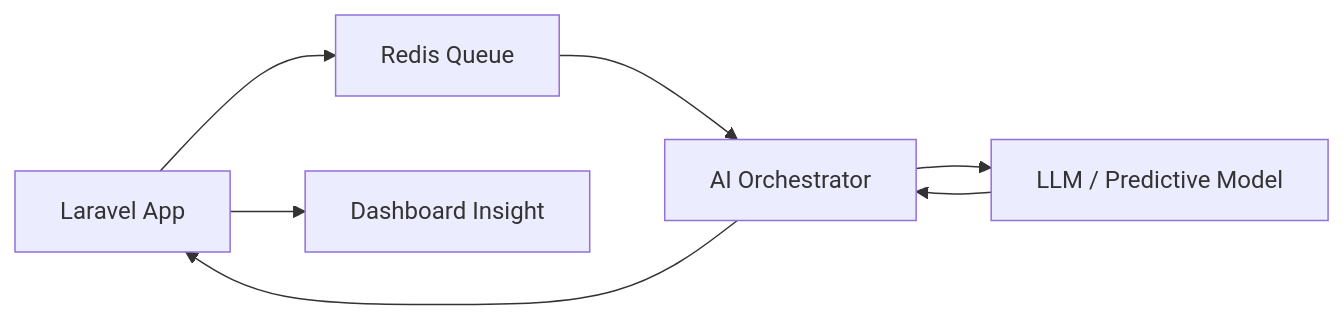
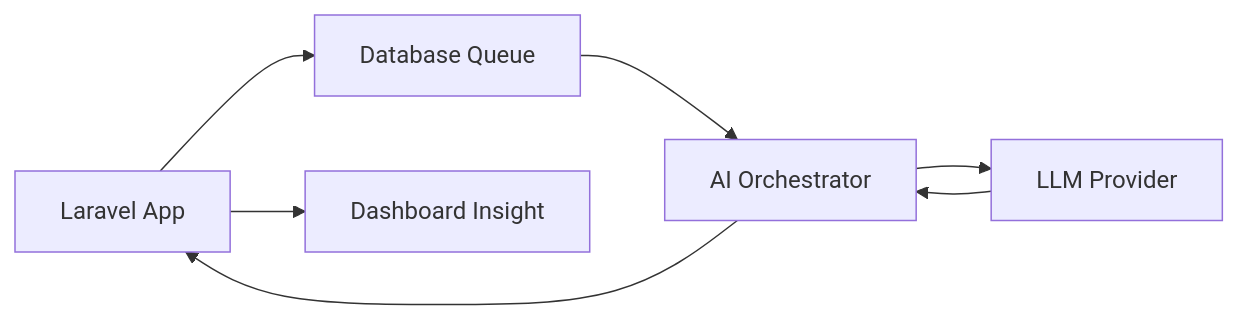
The diagram in docs/ai/README.md (kitokoh/leopardo-hr), drawn with Mermaid before and after one commit. The commit also changed other lines of this file and 2 other files, not shown here.

````diff
--- a/docs/ai/README.md
+++ b/docs/ai/README.md
@@ -25,9 +54,9 @@
 ```mermaid
 graph LR
-    App[Laravel App] --> Job[Redis Queue]
+    App[Laravel App] --> Job[Database Queue]
     Job --> Worker[AI Orchestrator]
-    Worker --> LLM[LLM / Predictive Model]
+    Worker --> LLM[LLM Provider]
     LLM --> Worker
     Worker --> App
     App --> UI[Dashboard Insight]
 ```
````
